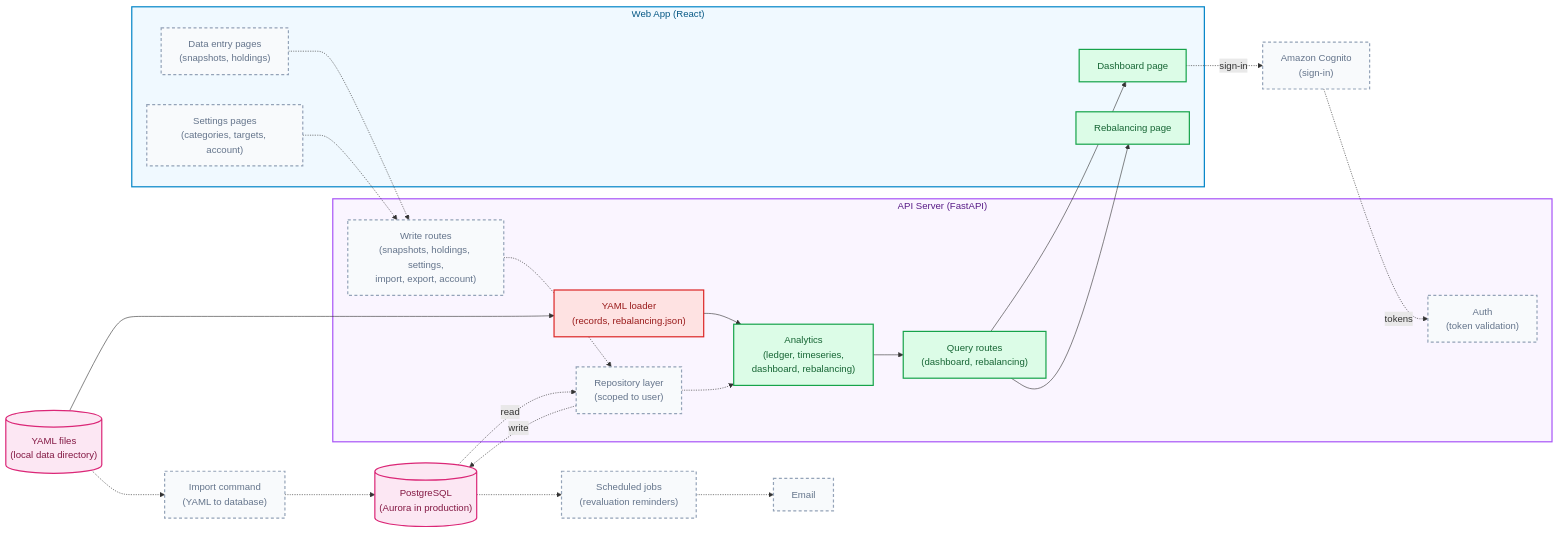
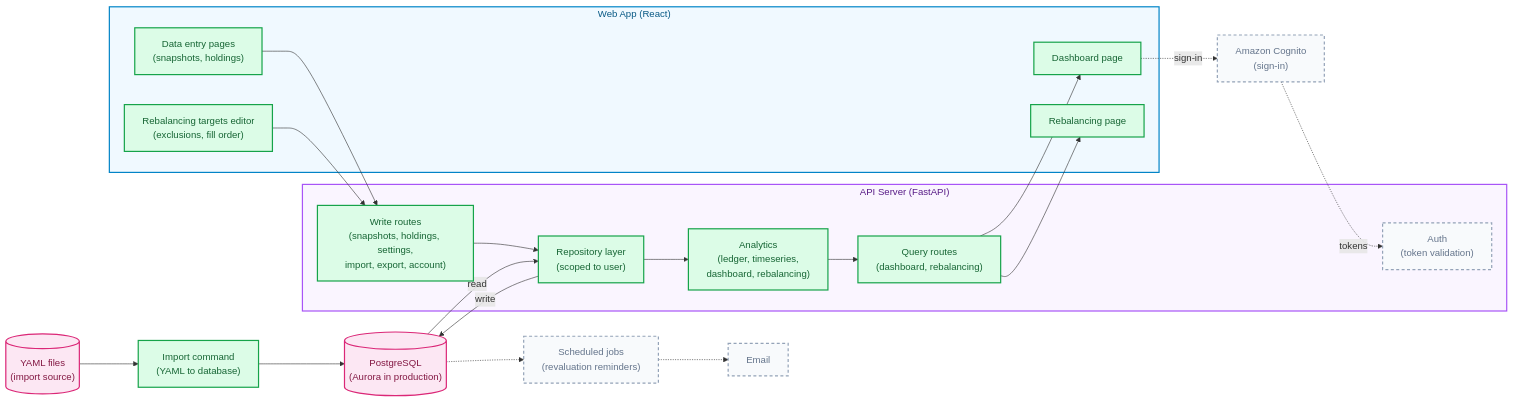
Before and after one commit to marcparaira/net-worth-dashboard: the first of 2 diagrams in docs/architecture/architecture.md, drawn with Mermaid. The commit also changed other lines of this file and 90 other files, not shown here.

Commit message:
feat: database storage, data entry and rebalancing settings (#3)

````diff
--- a/docs/architecture/architecture.md
+++ b/docs/architecture/architecture.md
@@ -13,59 +13,54 @@
 ```mermaid
 flowchart LR
-    FILES[("YAML files<br/>(local data directory)")]
+    FILES[("YAML files<br/>(import source)")]
     DB[("PostgreSQL<br/>(Aurora in production)")]
     CLI["Import command<br/>(YAML to database)"]
     IDP["Amazon Cognito<br/>(sign-in)"]
     JOBS["Scheduled jobs<br/>(revaluation reminders)"]
     EMAIL["Email"]
 
     subgraph API["API Server (FastAPI)"]
-        A_YAML["YAML loader<br/>(records, rebalancing.json)"]
         A_REPO["Repository layer<br/>(scoped to user)"]
         A_ANALYTICS["Analytics<br/>(ledger, timeseries,<br/>dashboard, rebalancing)"]
         A_QUERY["Query routes<br/>(dashboard, rebalancing)"]
         A_CMD["Write routes<br/>(snapshots, holdings, settings,<br/>import, export, account)"]
         A_AUTH["Auth<br/>(token validation)"]
     end
 
     subgraph WEB["Web App (React)"]
         P_DASH["Dashboard page"]
         P_REB["Rebalancing page"]
         P_DATA["Data entry pages<br/>(snapshots, holdings)"]
-        P_SET["Settings pages<br/>(categories, targets, account)"]
+        P_SET["Rebalancing targets editor<br/>(exclusions, fill order)"]
     end
 
-    FILES --> A_YAML
-    A_YAML --> A_ANALYTICS
     A_ANALYTICS --> A_QUERY
     A_QUERY --> P_DASH
     A_QUERY --> P_REB
 
-    DB -.->|read| A_REPO
-    A_REPO -.-> A_ANALYTICS
-    P_DATA -.-> A_CMD
-    P_SET -.-> A_CMD
-    A_CMD -.-> A_REPO
-    A_REPO -.->|write| DB
+    DB -->|read| A_REPO
+    A_REPO --> A_ANALYTICS
+    P_DATA --> A_CMD
+    P_SET --> A_CMD
+    A_CMD --> A_REPO
+    A_REPO -->|write| DB
 
-    FILES -.-> CLI
-    CLI -.-> DB
+    FILES --> CLI
+    CLI --> DB
 
     P_DASH -.->|"sign-in"| IDP
     IDP -.->|tokens| A_AUTH
 
     DB -.-> JOBS
     JOBS -.-> EMAIL
 
     classDef done fill:#dcfce7,stroke:#16a34a,stroke-width:2px,color:#166534
     classDef planned fill:#f8fafc,stroke:#94a3b8,stroke-width:2px,stroke-dasharray:5 4,color:#64748b
-    classDef retiring fill:#fee2e2,stroke:#dc2626,stroke-width:2px,color:#991b1b
     classDef storage fill:#fce7f3,stroke:#db2777,stroke-width:2px,color:#831843
-    class A_ANALYTICS,A_QUERY,P_DASH,P_REB done
-    class A_REPO,A_CMD,A_AUTH,P_DATA,P_SET,CLI,JOBS,IDP,EMAIL planned
-    class A_YAML retiring
+    class A_ANALYTICS,A_QUERY,A_REPO,A_CMD,CLI,P_DASH,P_REB,P_DATA,P_SET done
+    class A_AUTH,JOBS,IDP,EMAIL planned
     class FILES,DB storage
 
     style API fill:#faf5ff,stroke:#a855f7,stroke-width:2px,color:#581c87
     style WEB fill:#f0f9ff,stroke:#0284c7,stroke-width:2px,color:#075985
 ```
````
